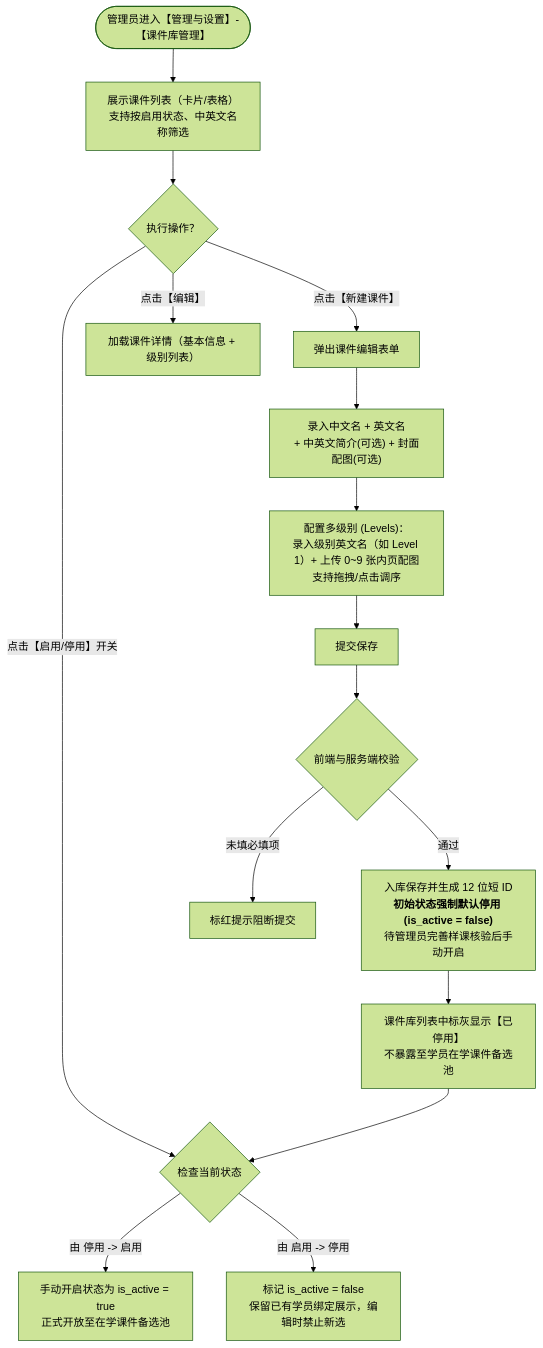
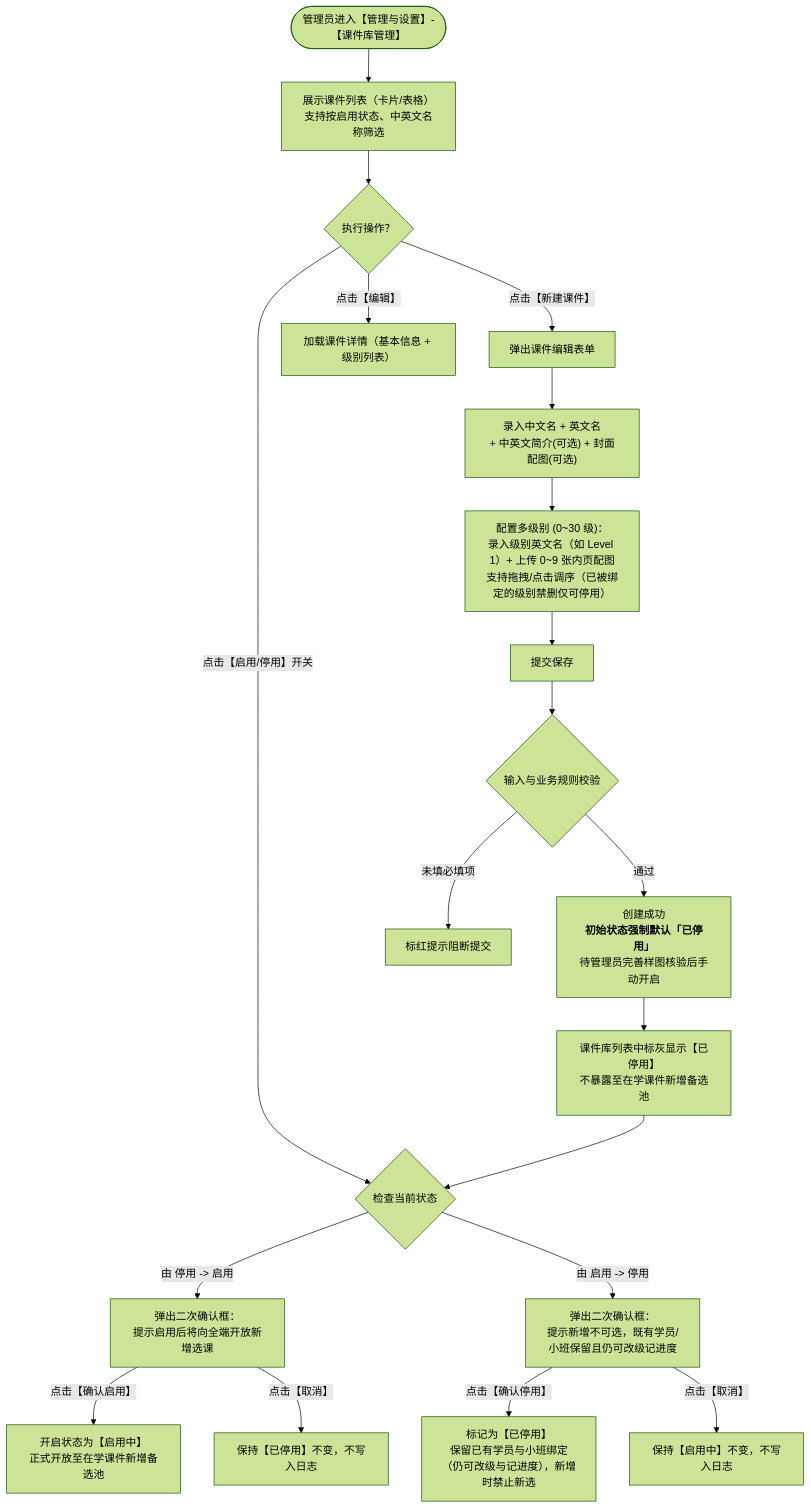
Before and after one commit to Onezao/dream: the first of 5 diagrams in docs/prd/m1e_courseware.md, drawn with Mermaid (forest theme). The commit also changed other lines of this file and 38 other files, not shown here.

````diff
--- a/docs/prd/m1e_courseware.md
+++ b/docs/prd/m1e_courseware.md
@@ -62,23 +66,27 @@
 ```mermaid
 flowchart TD
     AdminStart(["管理员进入【管理与设置】-【课件库管理】"]) --> ListCourseware["展示课件列表（卡片/表格）<br/>支持按启用状态、中英文名称筛选"]
     
     ListCourseware --> ActionChoice{"执行操作？"}
     
     ActionChoice -->|"点击【新建课件】"| OpenCreateModal["弹出课件编辑表单"]
     ActionChoice -->|"点击【编辑】"| OpenEditModal["加载课件详情（基本信息 + 级别列表）"]
     ActionChoice -->|"点击【启用/停用】开关"| ToggleActive{"检查当前状态"}
     
     OpenCreateModal --> InputBaseInfo["录入中文名 + 英文名<br/>+ 中英文简介(可选) + 封面配图(可选)"]
-    InputBaseInfo --> ConfigureLevels["配置多级别 (Levels)：<br/>录入级别英文名（如 Level 1）+ 上传 0~9 张内页配图<br/>支持拖拽/点击调序"]
+    InputBaseInfo --> ConfigureLevels["配置多级别 (0~30 级)：<br/>录入级别英文名（如 Level 1）+ 上传 0~9 张内页配图<br/>支持拖拽/点击调序（已被绑定的级别禁删仅可停用）"]
     ConfigureLevels --> SubmitCourseware["提交保存"]
-    SubmitCourseware --> ValidatePass{"前端与服务端校验"}
-    ValidatePass -->|"通过"| SaveSuccess["入库保存并生成 12 位短 ID<br/><b>初始状态强制默认停用 (is_active = false)</b><br/>待管理员完善样课核验后手动开启"]
+    SubmitCourseware --> ValidatePass{"输入与业务规则校验"}
+    ValidatePass -->|"通过"| SaveSuccess["创建成功<br/><b>初始状态强制默认「已停用」</b><br/>待管理员完善样图核验后手动开启"]
     ValidatePass -->|"未填必填项"| ShowError["标红提示阻断提交"]
     
-    SaveSuccess --> WaitReview["课件库列表中标灰显示【已停用】<br/>不暴露至学员在学课件备选池"]
+    SaveSuccess --> WaitReview["课件库列表中标灰显示【已停用】<br/>不暴露至在学课件新增备选池"]
     WaitReview --> ToggleActive
     
-    ToggleActive -->|"由 停用 -> 启用"| DirectActive["手动开启状态为 is_active = true<br/>正式开放至在学课件备选池"]
-    ToggleActive -->|"由 启用 -> 停用"| SoftDeactivate["标记 is_active = false<br/>保留已有学员绑定展示，编辑时禁止新选"]
+    ToggleActive -->|"由 停用 -> 启用"| ConfirmEnable["弹出二次确认框：<br/>提示启用后将向全端开放新增选课"]
+    ConfirmEnable -->|"点击【确认启用】"| DirectActive["开启状态为【启用中】<br/>正式开放至在学课件新增备选池"]
+    ConfirmEnable -->|"点击【取消】"| CancelToggle["保持【已停用】不变，不写入日志"]
+    ToggleActive -->|"由 启用 -> 停用"| ConfirmDisable["弹出二次确认框：<br/>提示新增不可选，既有学员/小班保留且仍可改级记进度"]
+    ConfirmDisable -->|"点击【确认停用】"| SoftDeactivate["标记为【已停用】<br/>保留已有学员与小班绑定（仍可改级与记进度），新增时禁止新选"]
+    ConfirmDisable -->|"点击【取消】"| CancelToggleKeep["保持【启用中】不变，不写入日志"]
 ```
````
